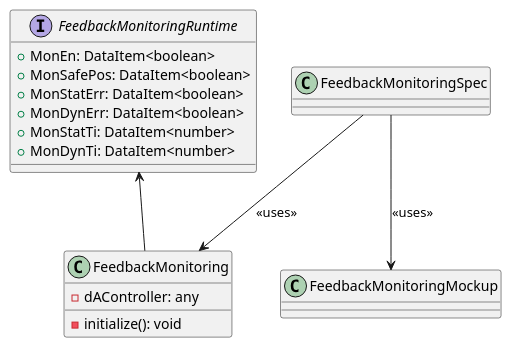
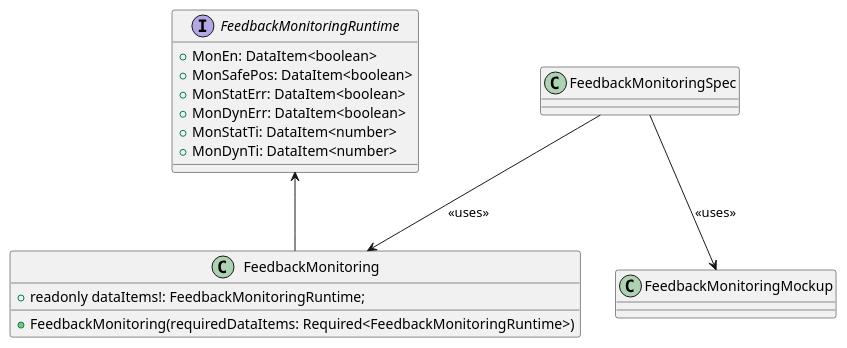
One commit to p2o-lab/polaris-backend changed the diagram in src/modularPlantManager/pea/dataAssembly/baseFunction/feedbackMonitoring/FeedbackMonitoring.puml. Above: the diagram before and after it, drawn with PlantUML. The commit also changed 12 other files, not shown here.

```diff
--- a/src/modularPlantManager/pea/dataAssembly/baseFunction/feedbackMonitoring/FeedbackMonitoring.puml
+++ b/src/modularPlantManager/pea/dataAssembly/baseFunction/feedbackMonitoring/FeedbackMonitoring.puml
@@ -26,22 +26,23 @@
 @startuml
 'https://plantuml.com/class-diagram
 
 interface FeedbackMonitoringRuntime{
 	+ MonEn: DataItem<boolean>
 	+ MonSafePos: DataItem<boolean>
 	+ MonStatErr: DataItem<boolean>
 	+ MonDynErr: DataItem<boolean>
 	+ MonStatTi: DataItem<number>
 	+ MonDynTi: DataItem<number>
 }
 
 class FeedbackMonitoring{
-    - dAController: any
-    - initialize(): void
+    + readonly dataItems!: FeedbackMonitoringRuntime;
+
+    +FeedbackMonitoring(requiredDataItems: Required<FeedbackMonitoringRuntime>)
 }
 
 FeedbackMonitoringRuntime <-- FeedbackMonitoring
 FeedbackMonitoringSpec --> FeedbackMonitoring : <<uses>>
 FeedbackMonitoringSpec --> FeedbackMonitoringMockup : <<uses>>
 
 @enduml
```
